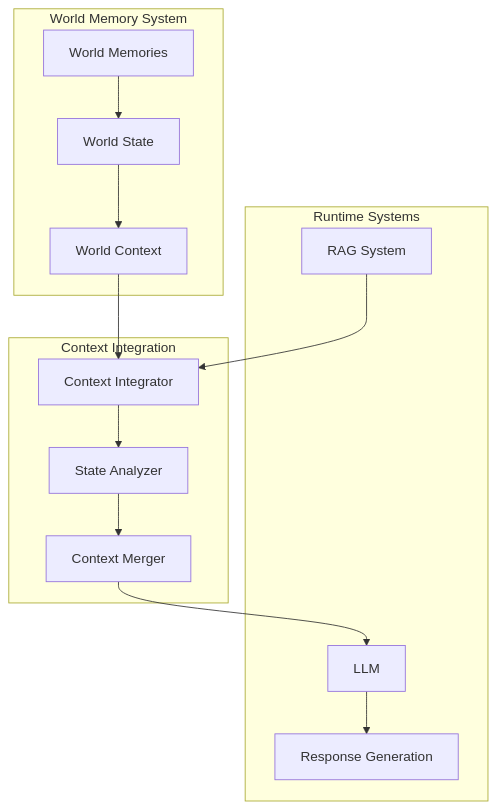
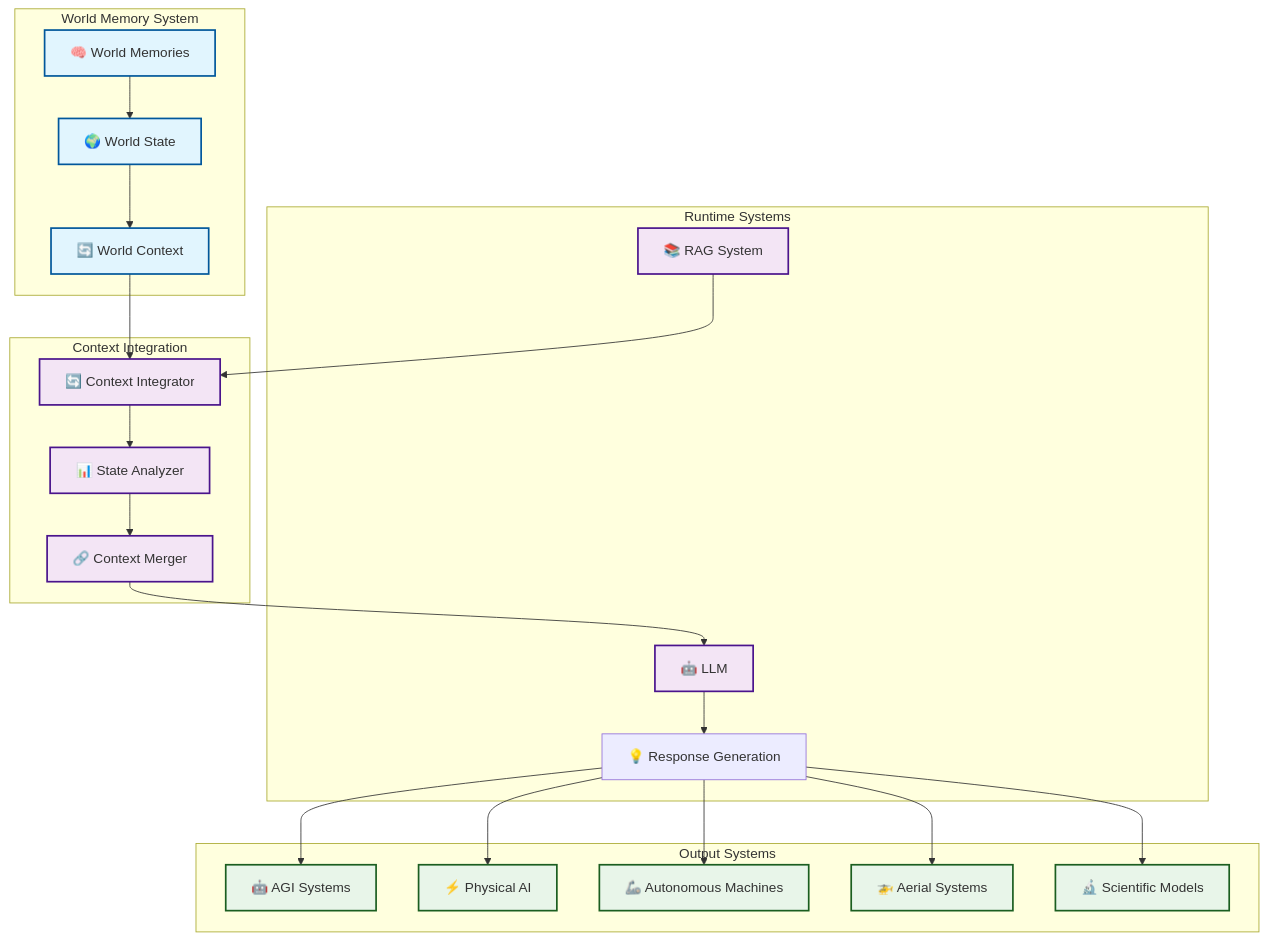
Before and after one commit to Vortx-AI/synthetic-satellite: the second of 6 diagrams in docs/core-concepts/overview.md, drawn with Mermaid. The commit also changed other lines of this file, not shown here.

````diff
--- a/docs/core-concepts/overview.md
+++ b/docs/core-concepts/overview.md
@@ -124,29 +143,47 @@
 ```mermaid
 graph TD
+    classDef inputNode fill:#e1f5fe,stroke:#01579b,stroke-width:2px;
+    classDef processingNode fill:#f3e5f5,stroke:#4a148c,stroke-width:2px;
+    classDef outputNode fill:#e8f5e9,stroke:#1b5e20,stroke-width:2px;
+    classDef aiNode fill:#fff3e0,stroke:#e65100,stroke-width:2px;
+
     subgraph "World Memory System"
-        WM[World Memories]
-        WS[World State]
-        WC[World Context]
+        WM["🧠 World Memories"]
+        WS["🌍 World State"]
+        WC["🔄 World Context"]
     end
 
     subgraph "Runtime Systems"
-        RAG[RAG System]
-        LLM[LLM]
-        RESP[Response Generation]
+        RAG["📚 RAG System"]
+        LLM["🤖 LLM"]
+        RESP["💡 Response Generation"]
     end
 
     subgraph "Context Integration"
-        CI[Context Integrator]
-        SA[State Analyzer]
-        CM[Context Merger]
+        CI["🔄 Context Integrator"]
+        SA["📊 State Analyzer"]
+        CM["🔗 Context Merger"]
+    end
+
+    subgraph "Output Systems"
+        AGI["🤖 AGI Systems"]
+        PAI["⚡ Physical AI"]
+        ROB["🦾 Autonomous Machines"]
+        UAV["🚁 Aerial Systems"]
+        SCI["🔬 Scientific Models"]
     end
 
     WM --> WS
     WS --> WC
     WC --> CI
     RAG --> CI
     CI --> SA
     SA --> CM
     CM --> LLM
     LLM --> RESP
+    RESP --> AGI & PAI & ROB & UAV & SCI
+
+    class WM,WS,WC inputNode;
+    class CI,SA,CM,RAG,LLM processingNode;
+    class AGI,PAI,ROB,UAV,SCI outputNode;
 ```
````
